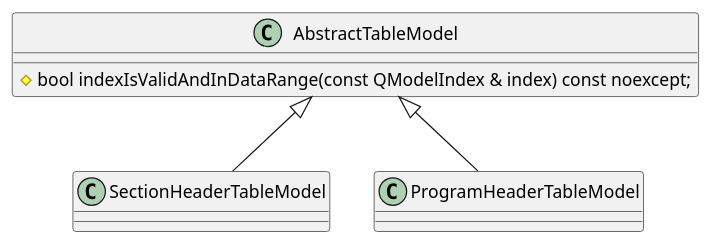
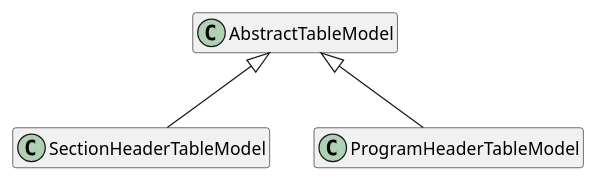
The diagram in doc/plantuml/apps/ElfLayoutViewer/diagrams/TableViews.puml (scandyna/MdtExecutableFile), drawn with PlantUML before and after one commit. The commit also changed 5 other files, not shown here.

```diff
--- a/doc/plantuml/apps/ElfLayoutViewer/diagrams/TableViews.puml
+++ b/doc/plantuml/apps/ElfLayoutViewer/diagrams/TableViews.puml
@@ -1,19 +1,22 @@
 @startuml
 
 class AbstractTableModel {
   #bool indexIsValidAndInDataRange(const QModelIndex & index) const noexcept;
 }
 
 
 class SectionHeaderTableModel {
 }
 
 AbstractTableModel <|--SectionHeaderTableModel
 
 
 class ProgramHeaderTableModel {
 }
 
 AbstractTableModel <|--ProgramHeaderTableModel
 
+hide methods
+hide attributes
+
 @enduml
```
